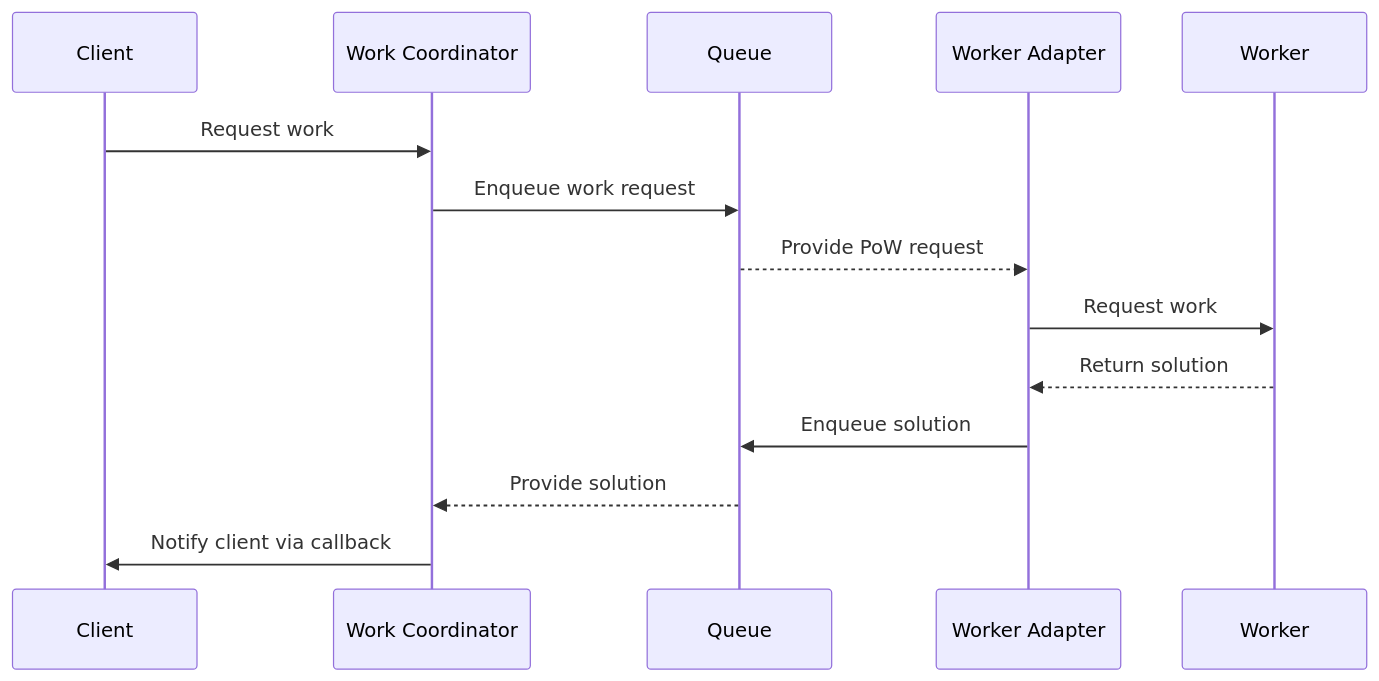
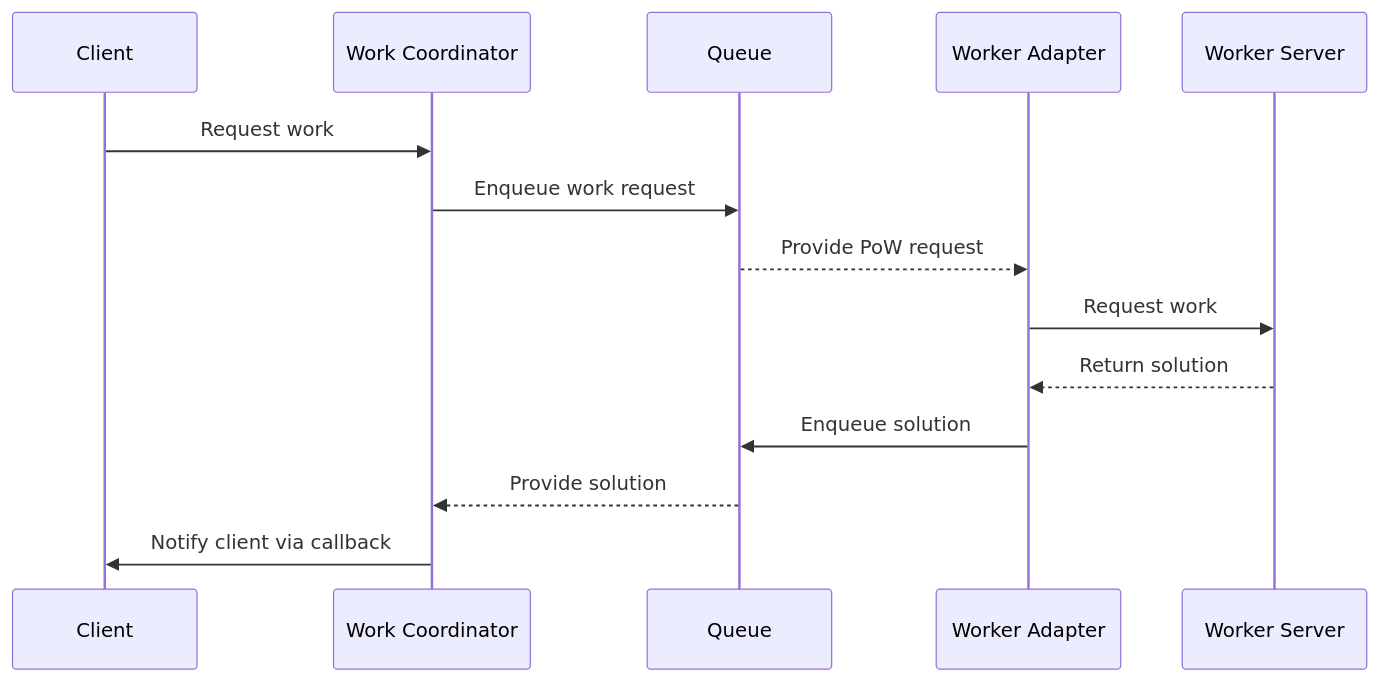
The diagram in README.md (attocash/work-coordinator), drawn with Mermaid before and after one commit.

Commit message:
Rename work to work server

````diff
--- a/README.md
+++ b/README.md
@@ -11,17 +11,17 @@
 ```mermaid
 sequenceDiagram
     participant C as Client
     participant WC as Work Coordinator
     participant Q as Queue
     participant WA as Worker Adapter
-    participant W as Worker
+    participant W as Worker Server
     C ->> WC: Request work
     WC ->> Q: Enqueue work request
     Q -->> WA: Provide PoW request
     WA ->> W: Request work
     W -->> WA: Return solution
     WA ->> Q: Enqueue solution
     Q -->> WC: Provide solution
     WC ->> C: Notify client via callback
 
 ```
````
